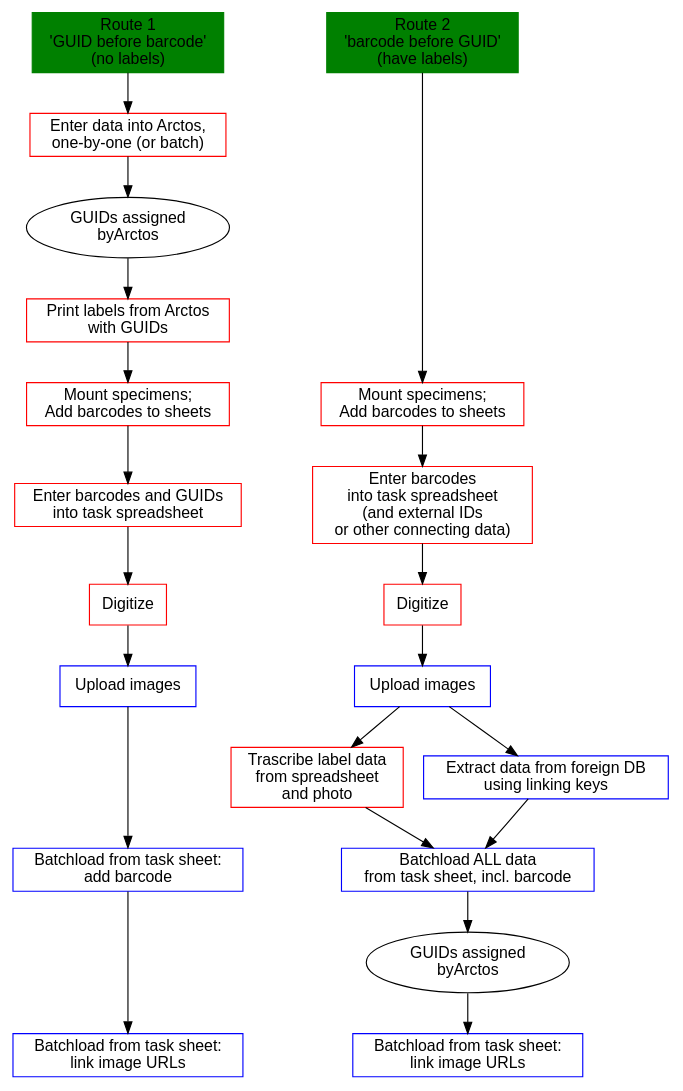
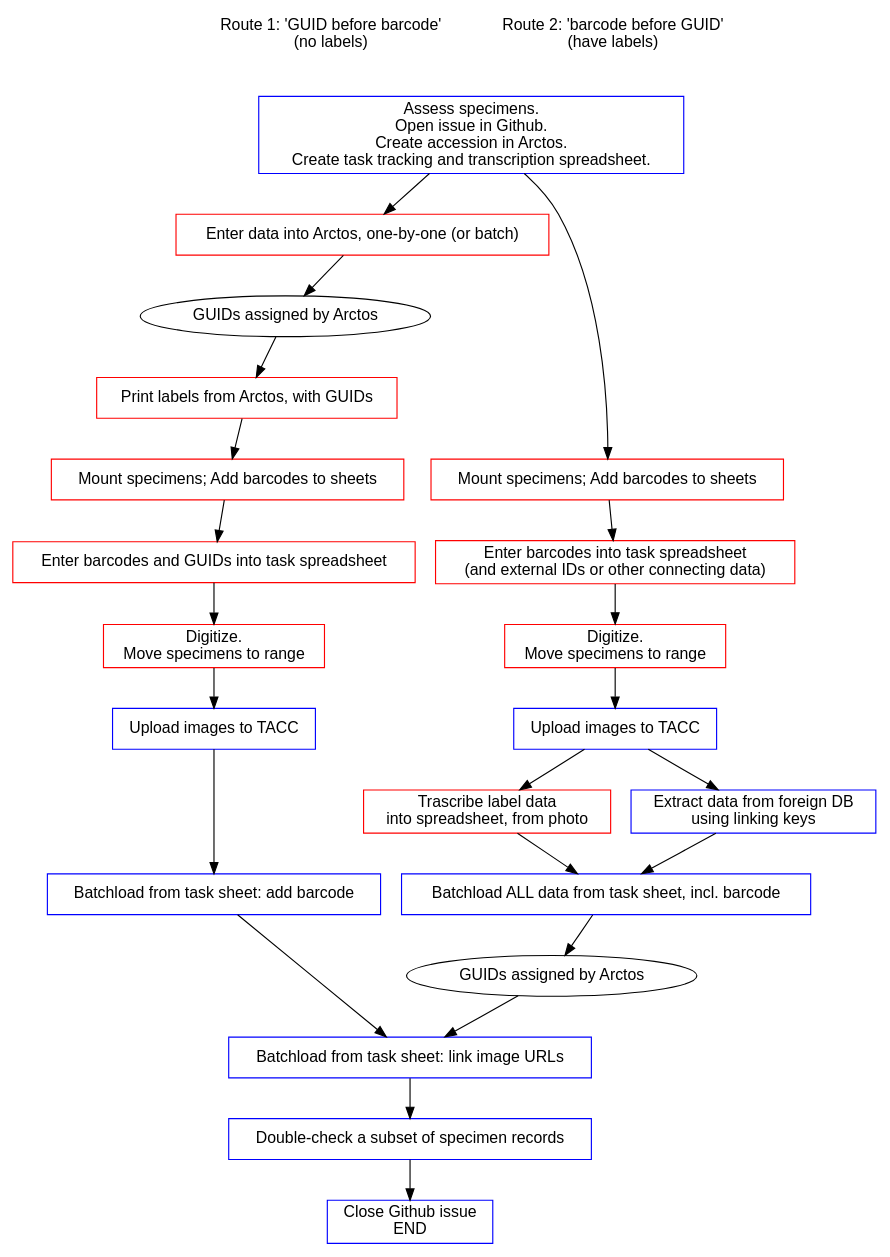
One commit to ALA-herbarium/documentation changed the diagram in img/flow.dot. Above: the diagram before and after it, drawn with Graphviz. The commit also changed 2 other files, not shown here.

Commit message:
changes to flow sheet

```diff
--- a/img/flow.dot
+++ b/img/flow.dot
@@ -1,163 +1,171 @@
 digraph flow {
     node [fontname="Helvetica",shape=box];
     edge [fontname="Courier", len=1.5];
     overlap=false;
     //rankdir=BT;
     newrank=true;
     ranksep=0.5
     //
+    // NODES
+    //
     subgraph labels {
         rank=same
-        r1 [label="Route 1\n'GUID before barcode'\n(no labels)",
-            color=green,style=filled]
-        r2 [label="Route 2\n'barcode before GUID'\n(have labels)",
-            color=green,style=filled]
+        r1 [label="Route 1: 'GUID before barcode'\n(no labels)",
+            shape=plaintext]
+        r2 [label="Route 2: 'barcode before GUID'\n(have labels)",
+            shape=plaintext]
+    }
+    entry [label="Enter data into Arctos, one-by-one (or batch)",
+           color=red]
+    guid1 [label="GUIDs assigned by Arctos",shape=oval]
+    print [label="Print labels from Arctos, with GUIDs",
+           color=red]
+    guid2 [label="GUIDs assigned by Arctos",shape=oval]
+    accn [label="Assess specimens.\nOpen issue in Github.\nCreate accession in Arctos.\nCreate task tracking and transcription spreadsheet.",color=blue]
+    //
+    subgraph upload {
+        rank=same
+        upload1 [label="Upload images to TACC",color=blue]
+        upload2 [label="Upload images to TACC",color=blue]
     }
     //
-    r1 -> entry
-    entry [label="Enter data into Arctos,\none-by-one (or batch)",
-           color=red]
+    subgraph tl {
+        rank=same
+        trans [label="Trascribe label data\ninto spreadsheet, from photo",
+               color=red] 
+        link  [label="Extract data from foreign DB\nusing linking keys",
+               color=blue]
+        }
+    //
+    subgraph bc {
+        rank=same
+        bc1 [label="Mount specimens; Add barcodes to sheets",
+             color=red]
+        bc2 [label="Mount specimens; Add barcodes to sheets",
+             color=red]
+    }
+    subgraph table {
+        rank=same
+        table1 [label="Enter barcodes and GUIDs into task spreadsheet",
+                color=red]
+        table2 [label="Enter barcodes into task spreadsheet\n(and external IDs or other connecting data)",
+                color=red]
+    }
+    subgraph photo {
+        rank=same
+        photo1 [label="Digitize.\nMove specimens to range",color=red]
+        photo2 [label="Digitize.\nMove specimens to range",color=red]
+    }
+    subgraph batch {
+        rank=same
+        batch1 [label="Batchload from task sheet: add barcode",color=blue]
+        batch2 [label="Batchload ALL data from task sheet, incl. barcode",
+                color=blue]
+    }
+    linkp [label="Batchload from task sheet: link image URLs",
+           color=blue]
+    dc [label="Double-check a subset of specimen records",color=blue]
+    issue2 [label="Close Github issue\nEND",color=blue]  
+    //
+    // EDGES 1
+    r1 -> accn [style=invis]
+    accn -> entry
     entry -> guid1
-    guid1 [label="GUIDs assigned\nbyArctos",shape=oval]
     guid1 -> print
-    print [label="Print labels from Arctos\nwith GUIDs",
-           color=red]
     print -> bc1
     bc1 -> table1
     table1 -> photo1
     photo1 -> upload1
     upload1 -> batch1
-    batch1 -> linkp1
+    batch1 -> linkp
     //
-    r2 -> bc2
+    // EDGES 2
+    r2 -> accn [style=invis]
+    accn -> bc2
     bc2 -> table2
     table2 -> photo2
     photo2 -> upload2
     upload2 -> trans
     trans -> batch2
     upload2 -> link
     link -> batch2
     batch2 -> guid2
-    guid2 [label="GUIDs assigned\nbyArctos",shape=oval]
-    guid2 -> linkp2
+    guid2 -> linkp
     //
-    subgraph upload {
-        rank=same
-        upload1 [label="Upload images",color=blue]
-        upload2 [label="Upload images",color=blue]
-    }
-    //
-    subgraph tl {
-        rank=same
-        trans [label="Trascribe label data\nfrom spreadsheet\nand photo",
-               color=red] 
-        link  [label="Extract data from foreign DB\nusing linking keys",
-               color=blue]
-        }
-    //
-    subgraph bc {
-        rank=same
-        bc1 [label="Mount specimens;\nAdd barcodes to sheets",
-             color=red]
-        bc2 [label="Mount specimens;\nAdd barcodes to sheets",
-             color=red]
-    }
-    subgraph table {
-        rank=same
-        table1 [label="Enter barcodes and GUIDs\ninto task spreadsheet",
-                color=red]
-        table2 [label="Enter barcodes\ninto task spreadsheet\n(and external IDs\nor other connecting data)",
-                color=red]
-    }
-    subgraph photo {
-        rank=same
-        photo1 [label="Digitize",color=red]
-        photo2 [label="Digitize",color=red]
-    }
-    subgraph batch {
-        rank=same
-        batch1 [label="Batchload from task sheet:\nadd barcode",color=blue]
-        batch2 [label="Batchload ALL data\nfrom task sheet, incl. barcode",color=blue]
-    }
-    subgraph linkp {
-        rank=same
-        linkp1 [label="Batchload from task sheet:\nlink image URLs",
-            color=blue]
-        linkp2 [label="Batchload from task sheet:\nlink image URLs",
-                color=blue]
-        }
+    // EDGES joint
+    linkp -> dc -> issue2
 }
 //     //
 //     icms -> csv1 ;
 //     icms -> csv3 [dir=back];
 //     //
 //     subgraph icms1 {
 //         csv1 [label="ICMS export\nCSV [in 1]",color=green]
 //         csv3 [label="Arctos final CSVs\n('existing' and 'new')\n[in 4]",
 //         color=green]
 //     };
 //     //
 //     csv1 -> nacompare;
 //     csv1 -> spectracker ;
 //     nacompare -> notes1
 //     nacompare -> notes2 ;
 //     notes1 -> spectracker
 //     notes2 -> spectracker
 //     spectracker -> csv2 [dir=back]
 //     csv3 -> itis [dir=back];
 //     npscheck -> arctos [dir=back]
 //     npscheck -> edits2
 //     //
 //     subgraph ala1 {
 //         rank=same;
 //         nacompare [shape=diamond];
 //         itis [label="ITIS converter",shape=diamond];
 //     }
 //     //
 //     subgraph ala2 {
 //         rank=same;
 //         spectracker [label="Specimen tracker\nsheet\n[in Processing]",
 //                      color=red];
 //         npscheck [label="Sheet for\nNPS to check [in 2]",color=green];
 //         //invis1 [style=invis,label=""]
 //     }
 //     //
 //     subgraph ala3 {
 //         rank=same;
 //         notes1 [label="List of pre-existing\ndifferences",style=dashed];
 //         notes2 [label="Specimens missing\nin Arctos",style=dashed];
 //     }
 //     //
 //     subgraph ala4 {
 //         rank=same;
 //         edits1 [label="Edits,\none-by-one",shape=diamond];
 //         edits2 [label="Edits,\nbatch",shape=diamond];
 //     };
 //     //
     
 //     nacompare -> csv2 [dir=back];
 //     spectracker -> npscheck;
 //     npscheck -> spectracker
 //     spectracker -> edits1 [dir=both];
 //     spectracker -> edits2 [dir=both];
 //     itis -> csv4 [dir=back];
 //     //
 //     subgraph arctos1 {
 //         rank=same
 //         csv2 [label="Arctos initial CSV",color=lightblue]
 //         csv4 [label="Arctos\nfinal CSV",color=lightblue]
 //         csv5 [label="Arctos\nbatch CSV [in 3]",color=lightblue]
 //     };
 //     edits1 -> arctos ;
 //     edits2 -> csv5
 //     csv2 -> arctos  [dir=back];
 //     csv4 -> arctos  [dir=back];
 //     csv5 -> arctos
 //     //
 //     arctos [label="Arctos", shape=parallelogram, color=lightblue,
 //                 style=filled];
     
 // /*
 
 // */
 // }
```
